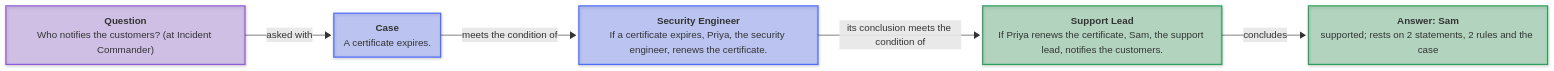
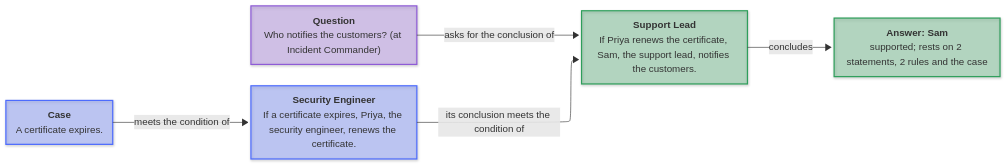
One commit to mirzahusadzic/tendora changed the first of 5 diagrams in docs/demo.md. Above: the diagram before and after it, drawn with Mermaid. The commit also changed other lines of this file and 2 other files, not shown here.

First line of the commit message:
docs: diagrams that branch instead of running in one long line

````diff
--- a/docs/demo.md
+++ b/docs/demo.md
@@ -32,53 +32,53 @@
 ```mermaid
 ---
 config:
     layout: elk
     look: neo
     flowchart:
-        wrappingWidth: 360
+        wrappingWidth: 240
     themeCSS: >-
         foreignObject { overflow: visible; }
         .edgeLabel, .edgeLabel p, .edgeLabel span {
         background: transparent !important; }
         .edgeLabel rect { fill: transparent !important; }
         .labelBkg { --knock: var(--vscode-editor-background,
         var(--bgColor-default, rgb(from currentColor
         clamp(30, (128 - r) * 100, 255) clamp(30, (128 - r) * 100, 255)
         clamp(30, (128 - r) * 100, 255)))); --ring: var(--knock);
         --fill: color-mix(in srgb, var(--ring) 30%, var(--knock));
         background: var(--fill) !important; border-radius: 4px;
         box-shadow: 0 0 0 5px var(--fill), 0 0 0 7px var(--ring); }
         .label[data-id^="L_Q_"] .labelBkg { --ring: #8e5bd6; }
         .label[data-id^="L_C_"] .labelBkg { --ring: #4d6bfe; }
         .label[data-id^="L_S1_"] .labelBkg { --ring: #4d6bfe; }
         .label[data-id^="L_S2_"] .labelBkg { --ring: #2e9e5b; }
         .edgeLabel p, .edgeLabel span, .edgeLabel text {
         --halo: var(--fill, var(--vscode-editor-background,
         var(--bgColor-default,
         rgb(from currentColor clamp(0, (128 - r) * 100, 255)
         clamp(0, (128 - r) * 100, 255) clamp(0, (128 - r) * 100, 255)))));
         text-shadow: 1px 0 var(--halo), -1px 0 var(--halo),
         0 1px var(--halo), 0 -1px var(--halo), 1px 1px var(--halo),
         -1px -1px var(--halo), 1px -1px var(--halo), -1px 1px var(--halo),
         0 0 3px var(--halo), 0 0 4px var(--halo); }
 ---
 flowchart LR
     Q["<b>Question</b><br/>Who notifies the customers? (at Incident Commander)"]
     C["<b>Case</b><br/>A certificate expires."]
     S1["<b>Security Engineer</b><br/>If a certificate expires, Priya, the security engineer, renews the certificate."]
     S2["<b>Support Lead</b><br/>If Priya renews the certificate, Sam, the support lead, notifies the customers."]
     A["<b>Answer: Sam</b><br/>supported; rests on 2 statements, 2 rules and the case"]
 
-    Q -->|"asked with"| C
+    Q -->|"asks for the conclusion of"| S2
     C -->|"meets the condition of"| S1
     S1 -->|"its conclusion meets the condition of"| S2
     S2 -->|"concludes"| A
     class Q person
     class C,S1 kept
     class S2,A engine
     classDef default fill:#8a96a82e,stroke:#8a96a8,stroke-width:1px
     classDef person fill:#8e5bd64d,stroke:#8e5bd6,stroke-width:2px
     classDef kept fill:#4d6bfe4d,stroke:#4d6bfe,stroke-width:2px
     classDef engine fill:#2e9e5b4d,stroke:#2e9e5b,stroke-width:2px
     classDef open fill:#8a96a814,stroke:#8a96a8,stroke-width:2px,stroke-dasharray:6 4
 ```
````
